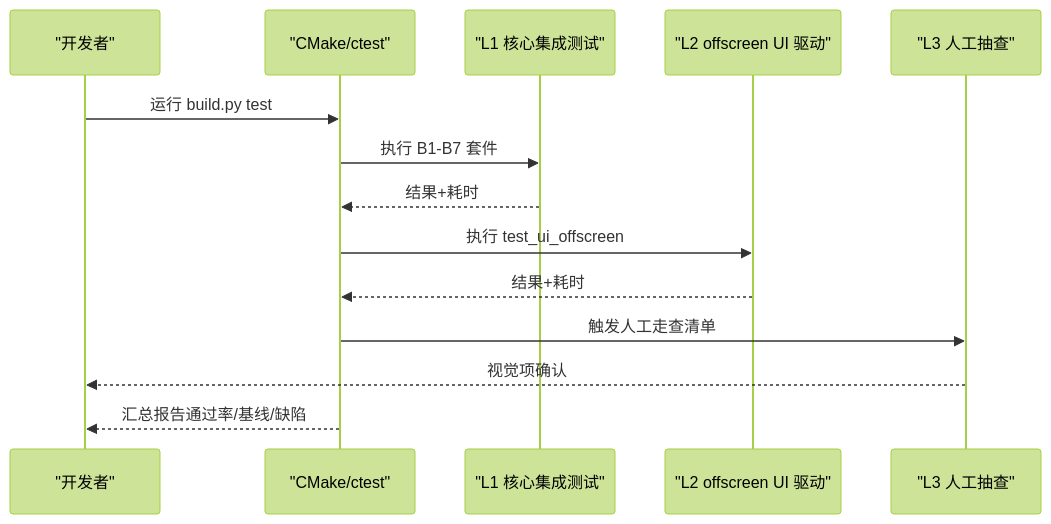
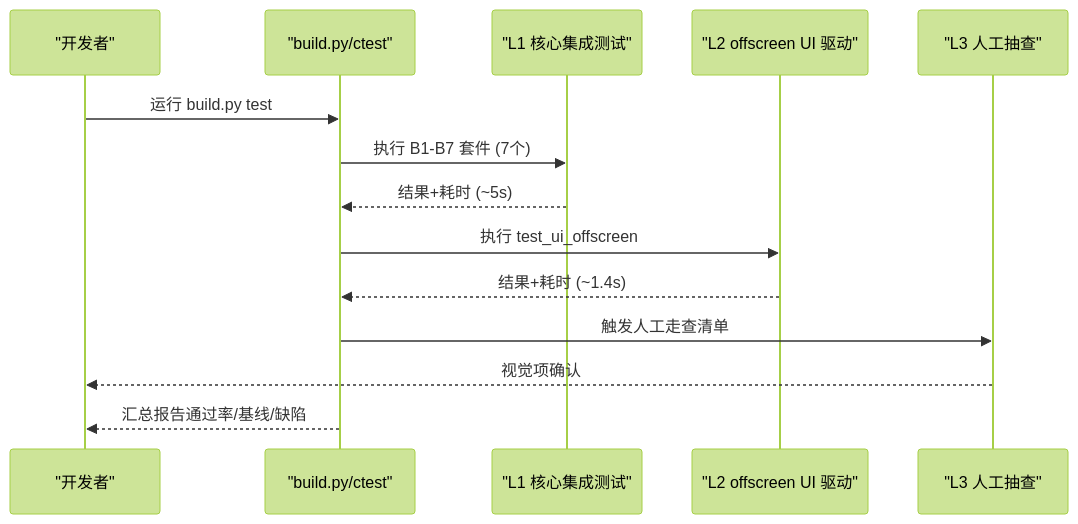
The second of 7 diagrams in .qoder/repowiki/zh/content/开发指南/测试策略文档.md (jakecai1225-design/OpenBus), drawn with Mermaid (forest theme) before and after one commit. The commit also changed other lines of this file and 4 other files, not shown here.

````diff
--- a/.qoder/repowiki/zh/content/开发指南/测试策略文档.md
+++ b/.qoder/repowiki/zh/content/开发指南/测试策略文档.md
@@ -64,16 +82,16 @@
 ```mermaid
 sequenceDiagram
 participant Dev as "开发者"
-participant Build as "CMake/ctest"
+participant Build as "build.py/ctest"
 participant L1 as "L1 核心集成测试"
 participant L2 as "L2 offscreen UI 驱动"
 participant L3 as "L3 人工抽查"
 Dev->>Build : 运行 build.py test
-Build->>L1 : 执行 B1-B7 套件
-L1-->>Build : 结果+耗时
+Build->>L1 : 执行 B1-B7 套件 (7个)
+L1-->>Build : 结果+耗时 (~5s)
 Build->>L2 : 执行 test_ui_offscreen
-L2-->>Build : 结果+耗时
+L2-->>Build : 结果+耗时 (~1.4s)
 Build->>L3 : 触发人工走查清单
 L3-->>Dev : 视觉项确认
 Build-->>Dev : 汇总报告通过率/基线/缺陷
 ```
````
